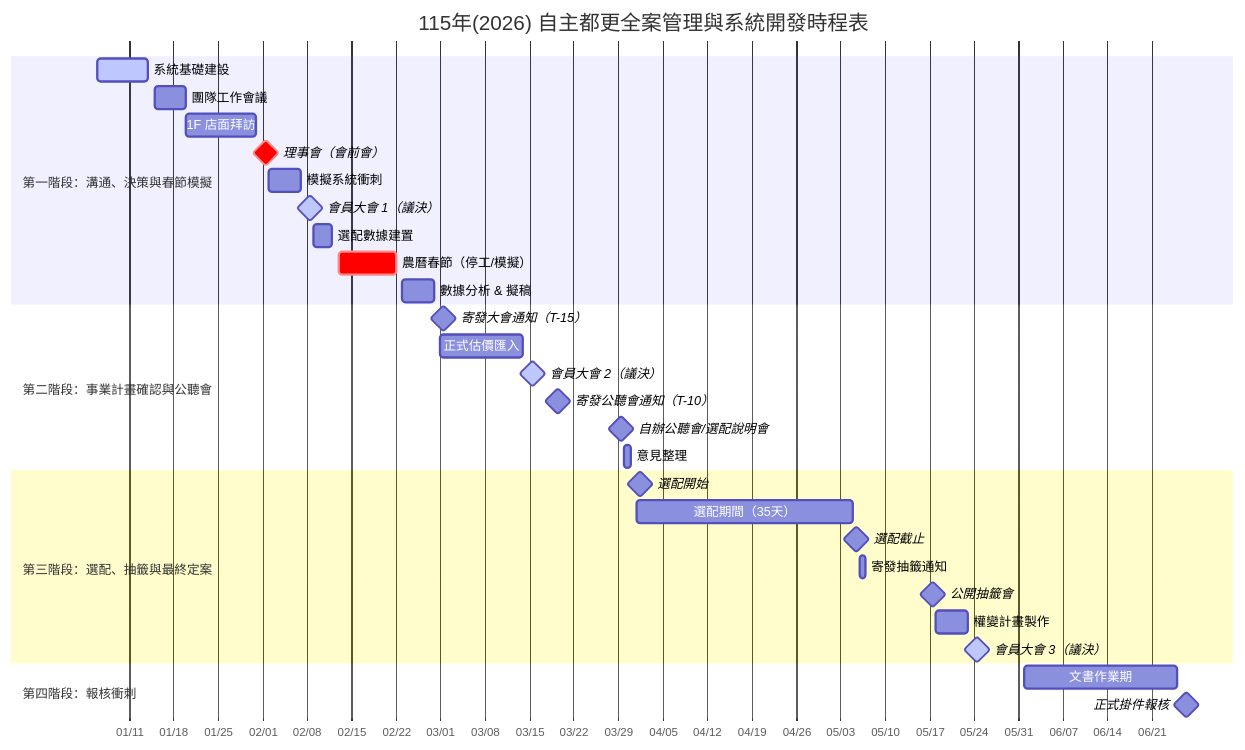
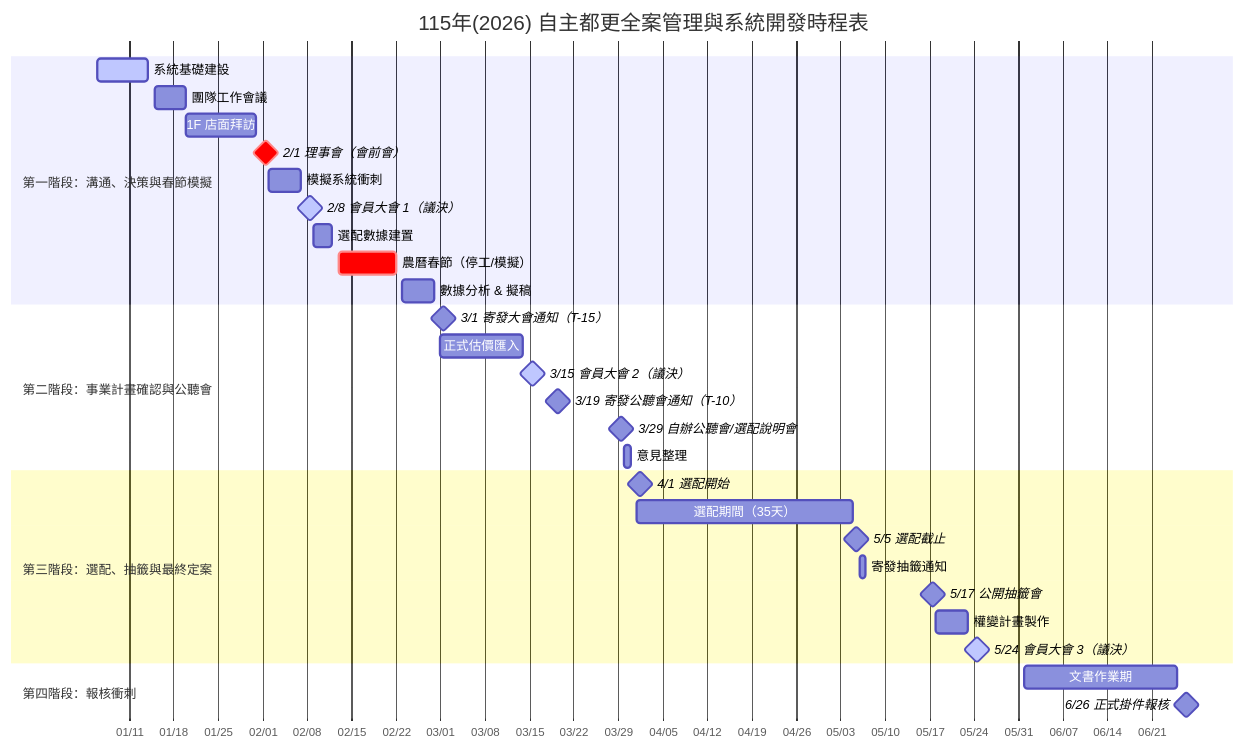
The diagram in schedule.md (xa0627-sys/urbanrenewal_PCM), drawn with Mermaid before and after one commit. The commit also changed 1 other file, not shown here.

Commit message:
Fix gantt axis layout and label dates

````diff
--- a/schedule.md
+++ b/schedule.md
@@ -13,44 +13,44 @@
 ```mermaid
 %% 需要 Mermaid 支援 (例如 GitHub/Notion/VS Code Mermaid plugin)
 %% 日期格式：YYYY-MM-DD
 %% 2026 年為民國 115 年
 
 gantt
     title 115年(2026) 自主都更全案管理與系統開發時程表
     dateFormat  YYYY-MM-DD
     axisFormat  %m/%d
     tickInterval 1week
 
     section 第一階段：溝通、決策與春節模擬
     系統基礎建設            :active, 2026-01-06, 2026-01-14
     團隊工作會議            :        2026-01-15, 2026-01-20
     1F 店面拜訪             :        2026-01-20, 2026-01-31
-    理事會（會前會）         :milestone, crit, 2026-02-01, 1d
+    2/1 理事會（會前會）       :milestone, crit, 2026-02-01, 1d
     模擬系統衝刺            :        2026-02-02, 2026-02-07
-    會員大會 1（議決）       :milestone, active, 2026-02-08, 1d
+    2/8 會員大會 1（議決）     :milestone, active, 2026-02-08, 1d
     選配數據建置            :        2026-02-09, 2026-02-12
     農曆春節（停工/模擬）    :crit,   2026-02-13, 2026-02-22
     數據分析 & 擬稿          :        2026-02-23, 2026-02-28
 
     section 第二階段：事業計畫確認與公聽會
-    寄發大會通知（T-15）     :milestone, 2026-03-01, 1d
+    3/1 寄發大會通知（T-15）  :milestone, 2026-03-01, 1d
     正式估價匯入            :        2026-03-01, 2026-03-14
-    會員大會 2（議決）       :milestone, active, 2026-03-15, 1d
-    寄發公聽會通知（T-10）   :milestone, 2026-03-19, 1d
-    自辦公聽會/選配說明會    :milestone, 2026-03-29, 1d
+    3/15 會員大會 2（議決）    :milestone, active, 2026-03-15, 1d
+    3/19 寄發公聽會通知（T-10）:milestone, 2026-03-19, 1d
+    3/29 自辦公聽會/選配說明會 :milestone, 2026-03-29, 1d
     意見整理                :        2026-03-30, 2026-03-31
 
     section 第三階段：選配、抽籤與最終定案
-    選配開始                :milestone, 2026-04-01, 1d
+    4/1 選配開始             :milestone, 2026-04-01, 1d
     選配期間（35天）        :        2026-04-01, 2026-05-05
-    選配截止                :milestone, 2026-05-05, 1d
+    5/5 選配截止             :milestone, 2026-05-05, 1d
     寄發抽籤通知            :        2026-05-06, 2026-05-07
-    公開抽籤會              :milestone, 2026-05-17, 1d
+    5/17 公開抽籤會          :milestone, 2026-05-17, 1d
     權變計畫製作            :        2026-05-18, 2026-05-23
-    會員大會 3（議決）       :milestone, active, 2026-05-24, 1d
+    5/24 會員大會 3（議決）    :milestone, active, 2026-05-24, 1d
 
     section 第四階段：報核衝刺
     文書作業期              :        2026-06-01, 2026-06-25
-    正式掛件報核            :milestone, 2026-06-26, 1d
+    6/26 正式掛件報核         :milestone, 2026-06-26, 1d
 
 ```
````
